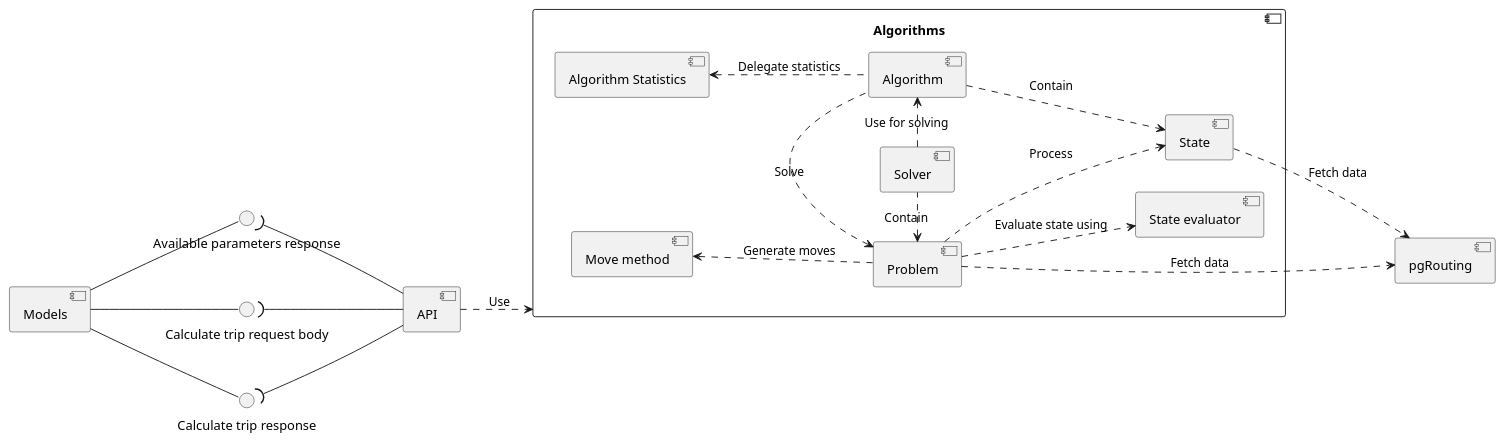
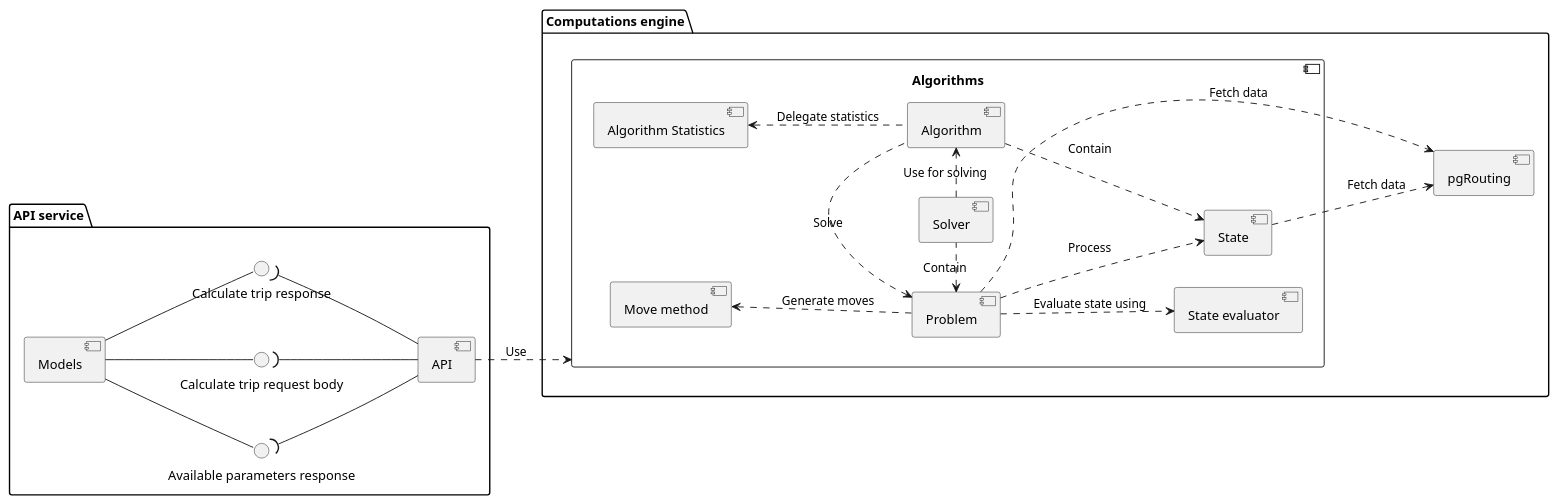
Before and after one commit to dubielel/trip-routes: the diagram in uml/backend/backend_main_modules.puml, drawn with PlantUML.

Commit message:
Wrap components in packages in backend_main_modules_detailed

```diff
--- a/uml/backend/backend_main_modules.puml
+++ b/uml/backend/backend_main_modules.puml
@@ -1,59 +1,66 @@
 @startuml Backend main modules
 
 left to right direction
 
-component models as "Models"
+package "API service" {
 
-interface availableParametersResponse as "Available parameters response"
-interface calculateTripRequestBody as "Calculate trip request body"
-interface calculateTripResponse as "Calculate trip response"
+  component models as "Models"
 
-models -- availableParametersResponse
-models -- calculateTripRequestBody
-models -- calculateTripResponse
+  interface availableParametersResponse as "Available parameters response"
+  interface calculateTripRequestBody as "Calculate trip request body"
+  interface calculateTripResponse as "Calculate trip response"
 
-component api as "API"
+  models -- availableParametersResponse
+  models -- calculateTripRequestBody
+  models -- calculateTripResponse
 
-api -up-( calculateTripResponse
-api -up-( calculateTripRequestBody
-api -up-( availableParametersResponse
+  component api as "API"
 
-component algorithms as "Algorithms" {
-
-  component algorithm as "Algorithm"
-
-  component move as "Move method"
-
-  component problem as "Problem"
-
-  component statistics as "Algorithm Statistics"
-
-  component solver as "Solver"
-
-  component goal as "State evaluator"
-
-  component state as "State"
-
-  problem .down.> goal : "Evaluate state using"
-  problem .up.> move : "Generate moves"
-  problem .right.> state : "Process"
-
-  algorithm .left.> problem : "Solve"
-  algorithm .down.> state : "Contain"
-  algorithm .up.> statistics : "Delegate statistics"
-
-  solver .right.> algorithm : "Use for solving"
-  solver .left.> problem : "Contain"
+  api -up-( calculateTripResponse
+  api -up-( calculateTripRequestBody
+  api -up-( availableParametersResponse
 
 }
 
-component pgrouting as "pgRouting"
+package "Computations engine" {
+
+  component algorithms as "Algorithms" {
+
+    component algorithm as "Algorithm"
+
+    component move as "Move method"
+
+    component problem as "Problem"
+
+    component statistics as "Algorithm Statistics"
+
+    component solver as "Solver"
+
+    component goal as "State evaluator"
+
+    component state as "State"
+
+    problem .down.> goal : "Evaluate state using"
+    problem .up.> move : "Generate moves"
+    problem .right.> state : "Process"
+
+    algorithm .left.> problem : "Solve"
+    algorithm .down.> state : "Contain"
+    algorithm .up.> statistics : "Delegate statistics"
+
+    solver .right.> algorithm : "Use for solving"
+    solver .left.> problem : "Contain"
+
+  }
+
+  component pgrouting as "pgRouting"
 
 
-problem ..> pgrouting : "Fetch data"
-state ..> pgrouting : "Fetch data"
+  problem ..> pgrouting : "Fetch data"
+  state ..> pgrouting : "Fetch data"
 
+}
 
 api ..> algorithms : Use
 
 @enduml
```
